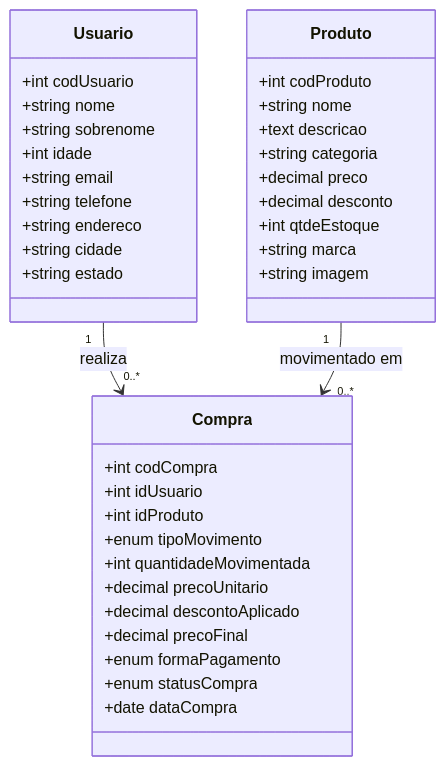
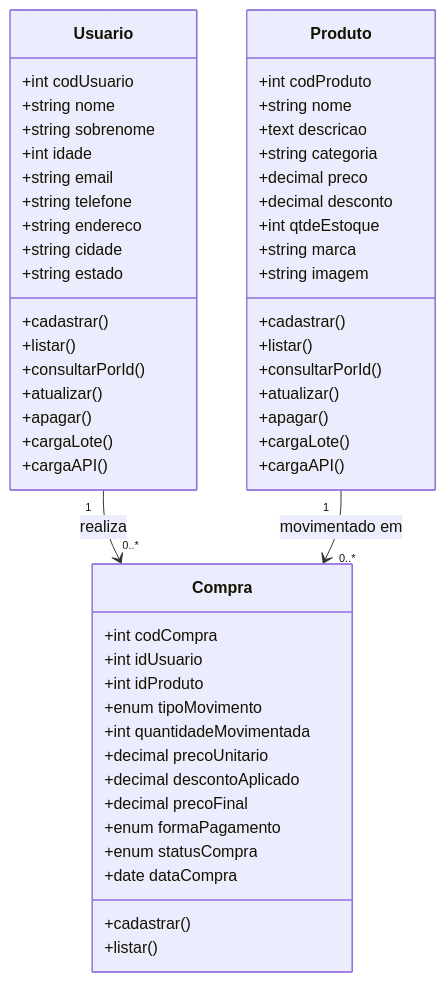
One commit to belloxp/bellao-atacadista changed the second of 3 diagrams in documentacao/diagramas.md. Above: the diagram before and after it, drawn with Mermaid.

Commit message:
Adiciona métodos das entidades no diagrama de classes

````diff
--- a/documentacao/diagramas.md
+++ b/documentacao/diagramas.md
@@ -39,43 +39,59 @@
 ```mermaid
 classDiagram
     class Usuario {
         +int codUsuario
         +string nome
         +string sobrenome
         +int idade
         +string email
         +string telefone
         +string endereco
         +string cidade
         +string estado
+        +cadastrar()
+        +listar()
+        +consultarPorId()
+        +atualizar()
+        +apagar()
+        +cargaLote()
+        +cargaAPI()
     }
 
     class Produto {
         +int codProduto
         +string nome
         +text descricao
         +string categoria
         +decimal preco
         +decimal desconto
         +int qtdeEstoque
         +string marca
         +string imagem
+        +cadastrar()
+        +listar()
+        +consultarPorId()
+        +atualizar()
+        +apagar()
+        +cargaLote()
+        +cargaAPI()
     }
 
     class Compra {
         +int codCompra
         +int idUsuario
         +int idProduto
         +enum tipoMovimento
         +int quantidadeMovimentada
         +decimal precoUnitario
         +decimal descontoAplicado
         +decimal precoFinal
         +enum formaPagamento
         +enum statusCompra
         +date dataCompra
+        +cadastrar()
+        +listar()
     }
 
     Usuario "1" --> "0..*" Compra : realiza
     Produto "1" --> "0..*" Compra : movimentado em
 ```
````
